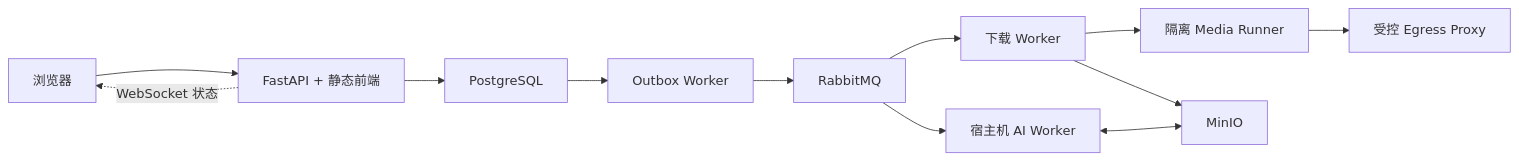
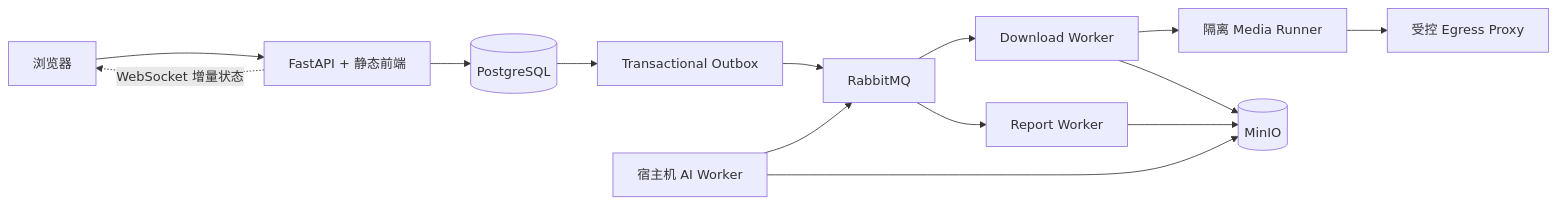
The diagram in README.md (StephenQiu30/video-server), drawn with Mermaid before and after one commit. The commit also changed other lines of this file, not shown here.

````diff
--- a/README.md
+++ b/README.md
@@ -122,14 +148,16 @@
 ```mermaid
 flowchart LR
-  Browser["浏览器"] --> API["FastAPI + 静态前端"]
-  API --> DB["PostgreSQL"]
-  DB --> Outbox["Outbox Worker"]
-  Outbox --> MQ["RabbitMQ"]
-  MQ --> Download["下载 Worker"]
-  Download --> Runner["隔离 Media Runner"]
-  Runner --> Proxy["受控 Egress Proxy"]
-  Download --> Storage["MinIO"]
-  MQ --> AI["宿主机 AI Worker"]
-  AI <--> Storage
-  API -. "WebSocket 状态" .-> Browser
+  Browser[浏览器] --> API[FastAPI + 静态前端]
+  API --> DB[(PostgreSQL)]
+  DB --> Outbox[Transactional Outbox]
+  Outbox --> MQ[RabbitMQ]
+  MQ --> Download[Download Worker]
+  Download --> Runner[隔离 Media Runner]
+  Runner --> Proxy[受控 Egress Proxy]
+  Download --> Storage[(MinIO)]
+  MQ --> Report[Report Worker]
+  Report --> Storage
+  HostAI[宿主机 AI Worker] --> MQ
+  HostAI --> Storage
+  API -. WebSocket 增量状态 .-> Browser
 ```
````
